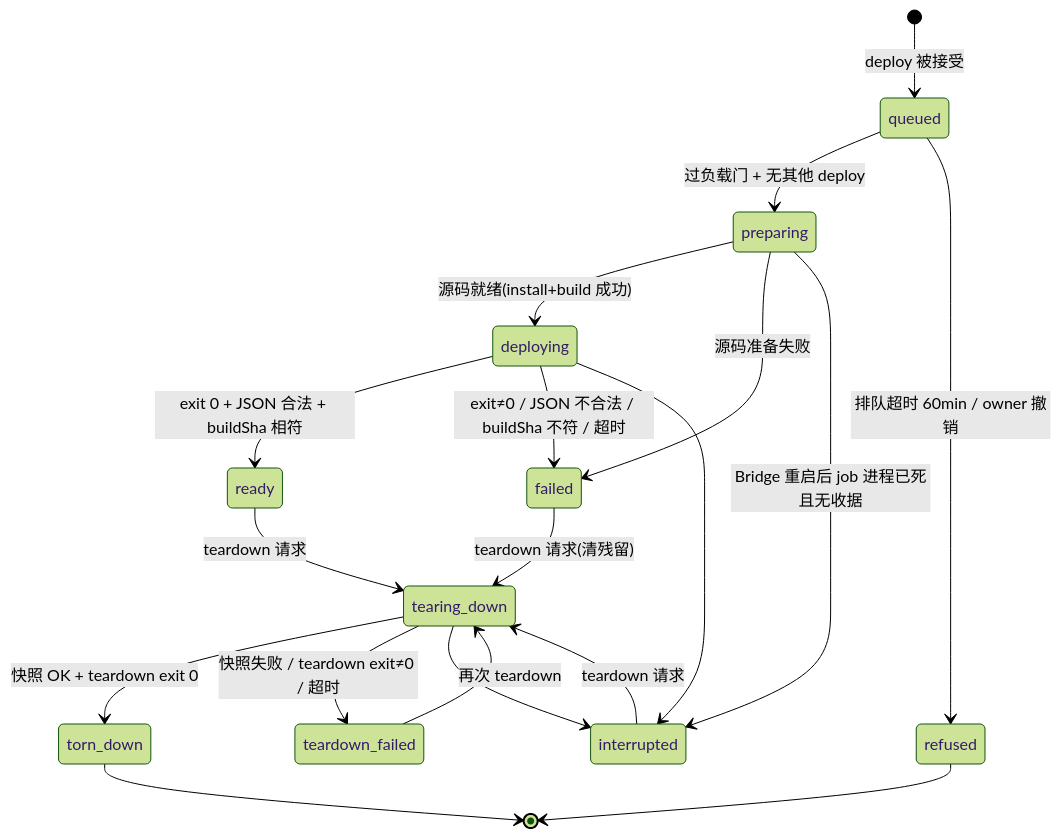
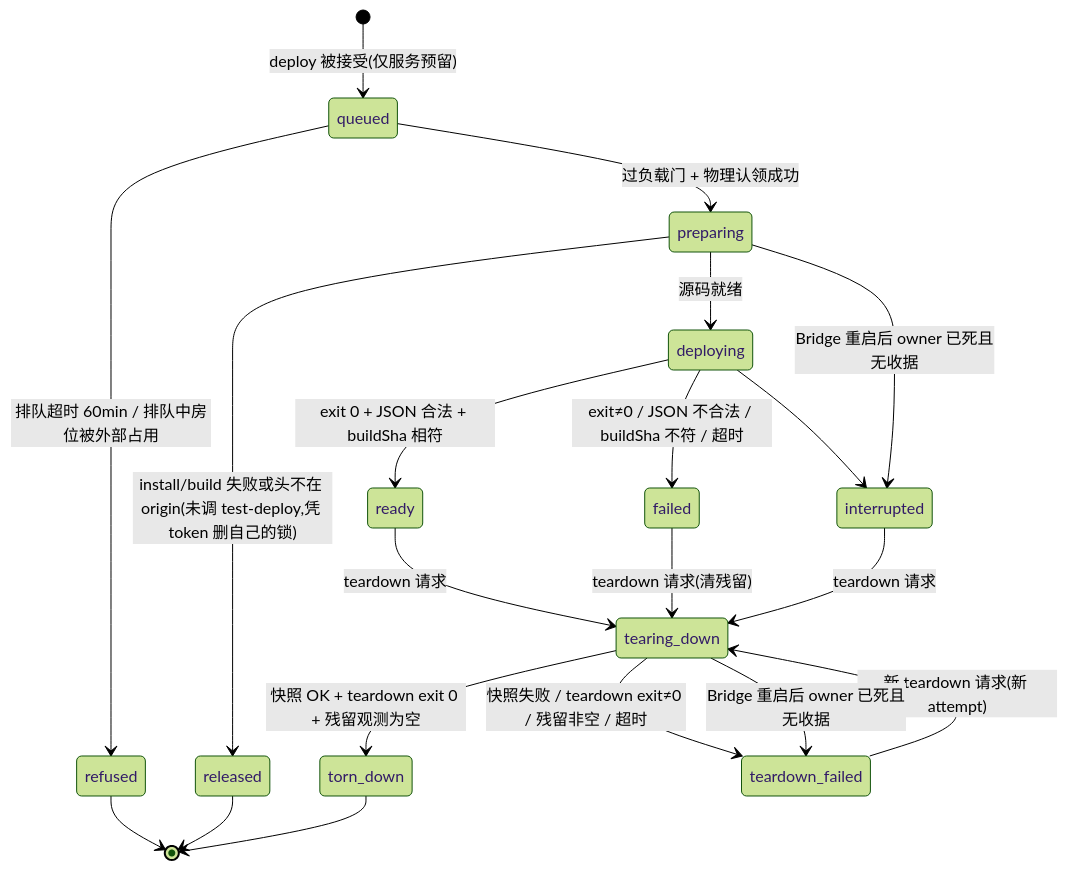
Before and after one commit to xrliAnnie/flywheel-qa-sandbox: the second of 3 diagrams in engineering/doc/FLY-2405-room-service/plan.md, drawn with Mermaid (forest theme). The commit also changed other lines of this file, not shown here.

````diff
--- a/engineering/doc/FLY-2405-room-service/plan.md
+++ b/engineering/doc/FLY-2405-room-service/plan.md
@@ -90,21 +93,22 @@
 ```mermaid
 stateDiagram-v2
-    [*] --> queued: deploy 被接受
-    queued --> preparing: 过负载门 + 无其他 deploy
-    queued --> refused: 排队超时 60min / owner 撤销
-    preparing --> deploying: 源码就绪(install+build 成功)
-    preparing --> failed: 源码准备失败
+    [*] --> queued: deploy 被接受(仅服务预留)
+    queued --> refused: 排队超时 60min / 排队中房位被外部占用
+    queued --> preparing: 过负载门 + 物理认领成功
+    preparing --> released: install/build 失败或头不在 origin(未调 test-deploy,凭 token 删自己的锁)
+    preparing --> deploying: 源码就绪
     deploying --> ready: exit 0 + JSON 合法 + buildSha 相符
     deploying --> failed: exit≠0 / JSON 不合法 / buildSha 不符 / 超时
     ready --> tearing_down: teardown 请求
     failed --> tearing_down: teardown 请求(清残留)
-    tearing_down --> torn_down: 快照 OK + teardown exit 0
-    tearing_down --> teardown_failed: 快照失败 / teardown exit≠0 / 超时
-    teardown_failed --> tearing_down: 再次 teardown
-    preparing --> interrupted: Bridge 重启后 job 进程已死且无收据
+    interrupted --> tearing_down: teardown 请求
+    teardown_failed --> tearing_down: 新 teardown 请求(新 attempt)
+    tearing_down --> torn_down: 快照 OK + teardown exit 0 + 残留观测为空
+    tearing_down --> teardown_failed: 快照失败 / teardown exit≠0 / 残留非空 / 超时
+    preparing --> interrupted: Bridge 重启后 owner 已死且无收据
     deploying --> interrupted
-    tearing_down --> interrupted
-    interrupted --> tearing_down: teardown 请求
+    tearing_down --> teardown_failed: Bridge 重启后 owner 已死且无收据
     refused --> [*]
+    released --> [*]
     torn_down --> [*]
 ```
````
